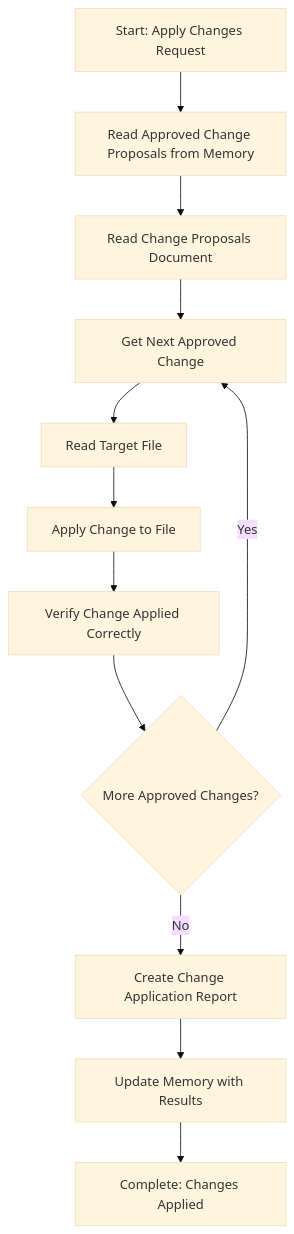
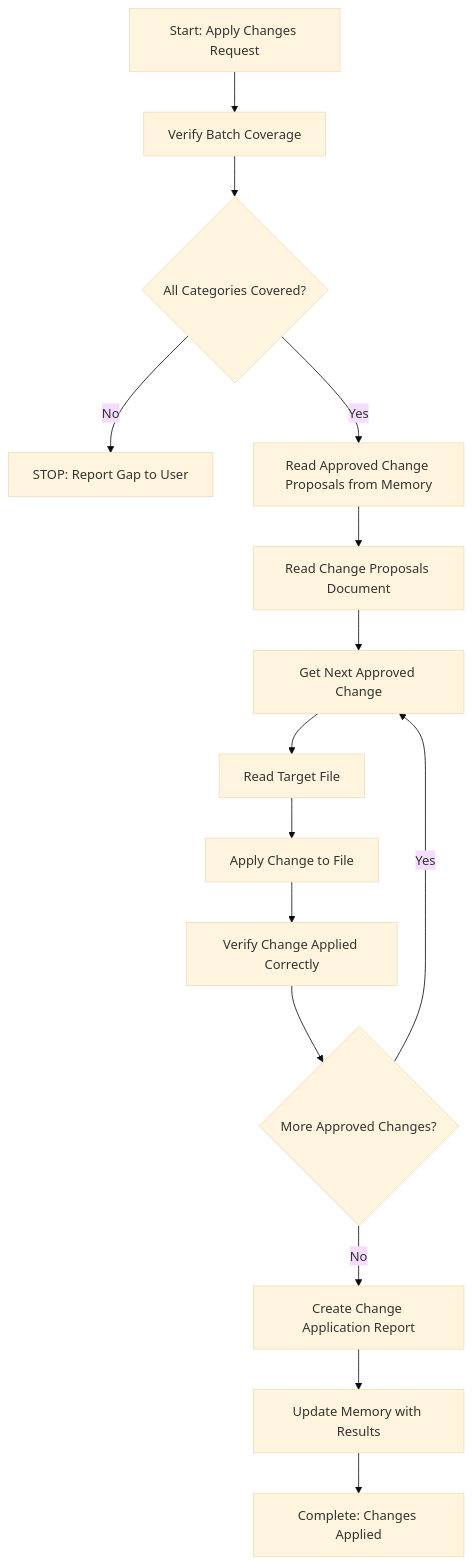
The diagram in .processes/steps/common/apply-changes.md (HMTools/agentic-processes), drawn with Mermaid (base theme) before and after one commit. The commit also changed other lines of this file and 77 other files, not shown here.

First line of the commit message:
Transforms to JSON-first agent architecture

````diff
--- a/.processes/steps/common/apply-changes.md
+++ b/.processes/steps/common/apply-changes.md
@@ -108,14 +28,17 @@
 ```mermaid
 flowchart TD
-    A[Start: Apply Changes Request] --> B[Read Approved Change Proposals from Memory]
-    B --> C[Read Change Proposals Document]
-    C --> D[Get Next Approved Change]
-    D --> E[Read Target File]
-    E --> F[Apply Change to File]
-    F --> G[Verify Change Applied Correctly]
-    G --> H{More Approved Changes?}
-    H -->|Yes| D
-    H -->|No| I[Create Change Application Report]
-    I --> J[Update Memory with Results]
-    J --> K[Complete: Changes Applied]
+    A[Start: Apply Changes Request] --> B[Verify Batch Coverage]
+    B --> C{All Categories Covered?}
+    C -->|No| D[STOP: Report Gap to User]
+    C -->|Yes| E[Read Approved Change Proposals from Memory]
+    E --> F[Read Change Proposals Document]
+    F --> G[Get Next Approved Change]
+    G --> H[Read Target File]
+    H --> I[Apply Change to File]
+    I --> J[Verify Change Applied Correctly]
+    J --> K{More Approved Changes?}
+    K -->|Yes| G
+    K -->|No| L[Create Change Application Report]
+    L --> M[Update Memory with Results]
+    M --> N[Complete: Changes Applied]
 ```
````
